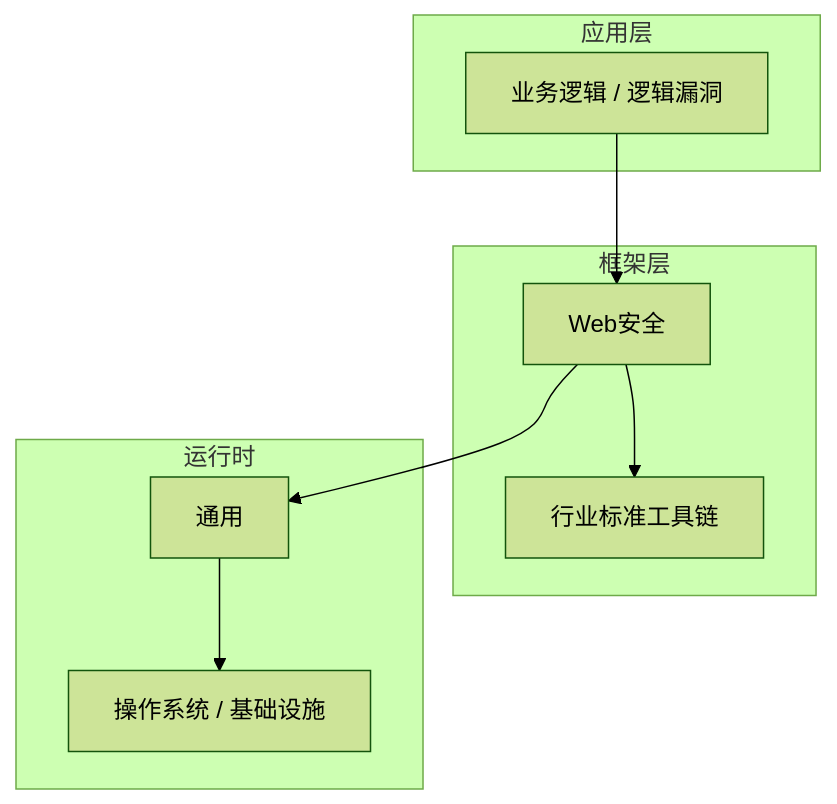
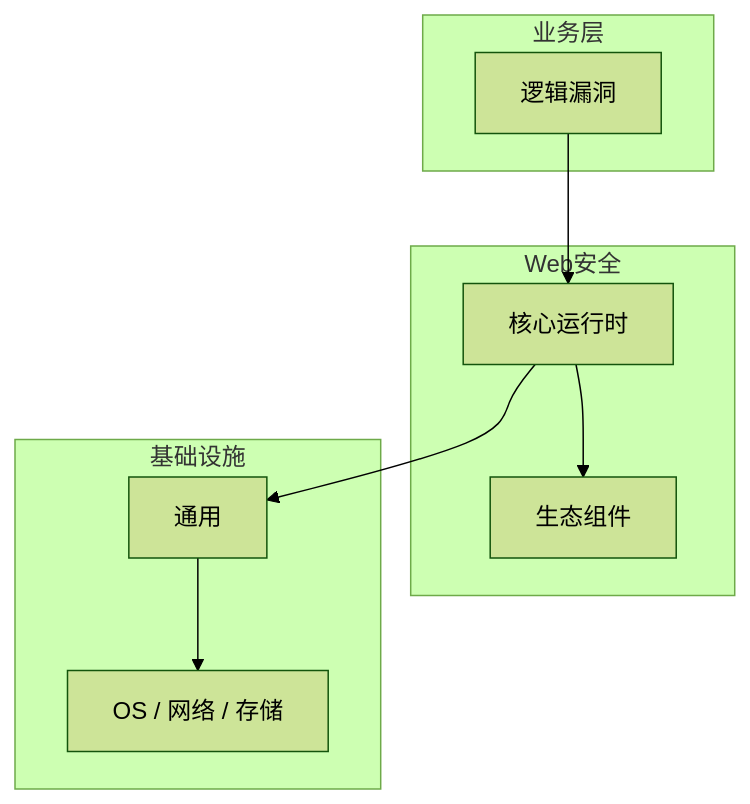
One commit to yanggan2015/knowledge-json-v2 changed the diagram in articles/Web安全/chapters/066-逻辑漏洞核心概念与原理.md. Above: the diagram before and after it, drawn with Mermaid (forest theme). The commit also changed other lines of this file and 10127 other files, not shown here.

````diff
--- a/articles/Web安全/chapters/066-逻辑漏洞核心概念与原理.md
+++ b/articles/Web安全/chapters/066-逻辑漏洞核心概念与原理.md
@@ -46,18 +31,18 @@
 ```mermaid
 graph TB
-    subgraph 应用层
-        A[业务逻辑 / 逻辑漏洞]
+    subgraph 业务层
+        A[逻辑漏洞]
     end
-    subgraph 框架层
-        B[Web安全]
-        C[行业标准工具链]
+    subgraph Web安全
+        B[核心运行时]
+        C[生态组件]
     end
-    subgraph 运行时
+    subgraph 基础设施
         D[通用]
-        E[操作系统 / 基础设施]
+        E[OS / 网络 / 存储]
     end
     A --> B
     B --> C
     B --> D
     D --> E
 ```
````
